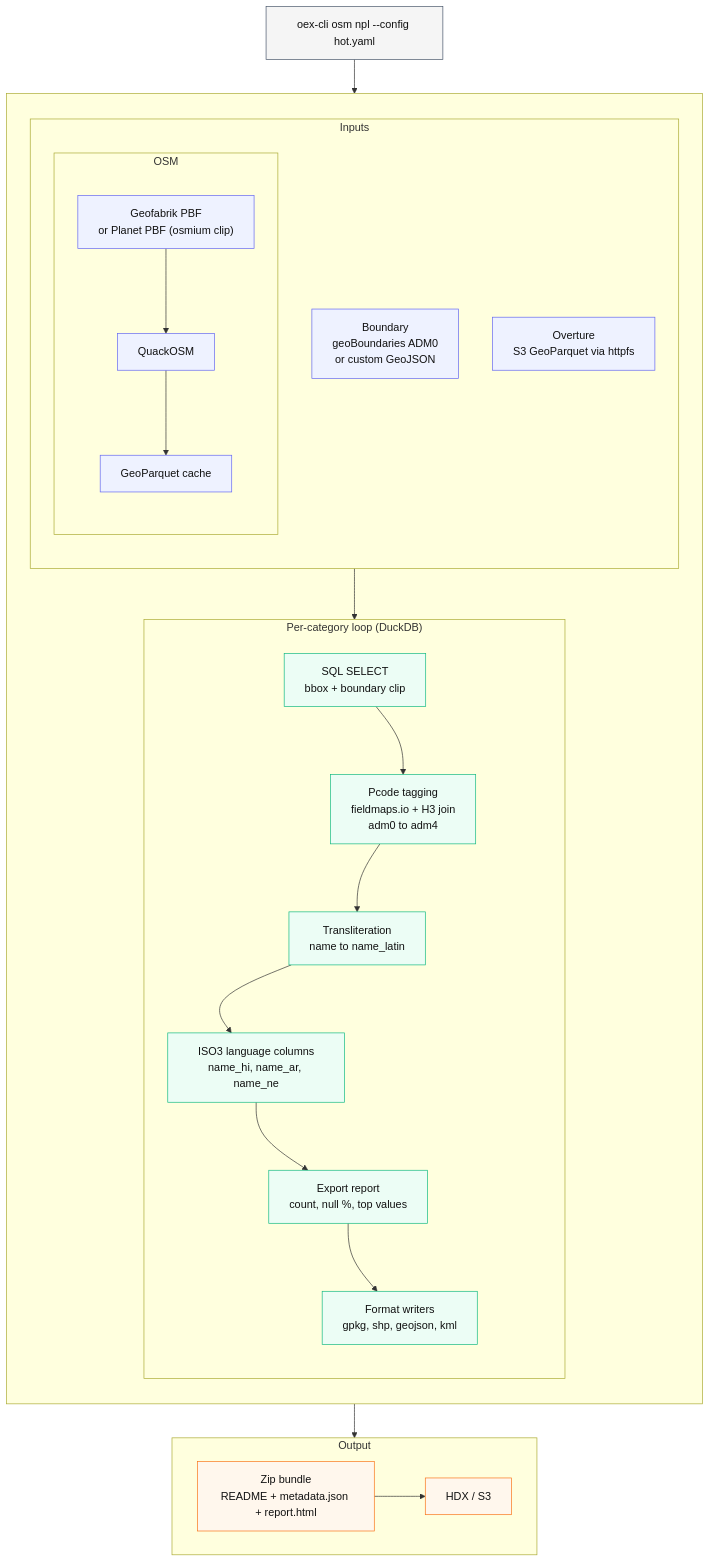
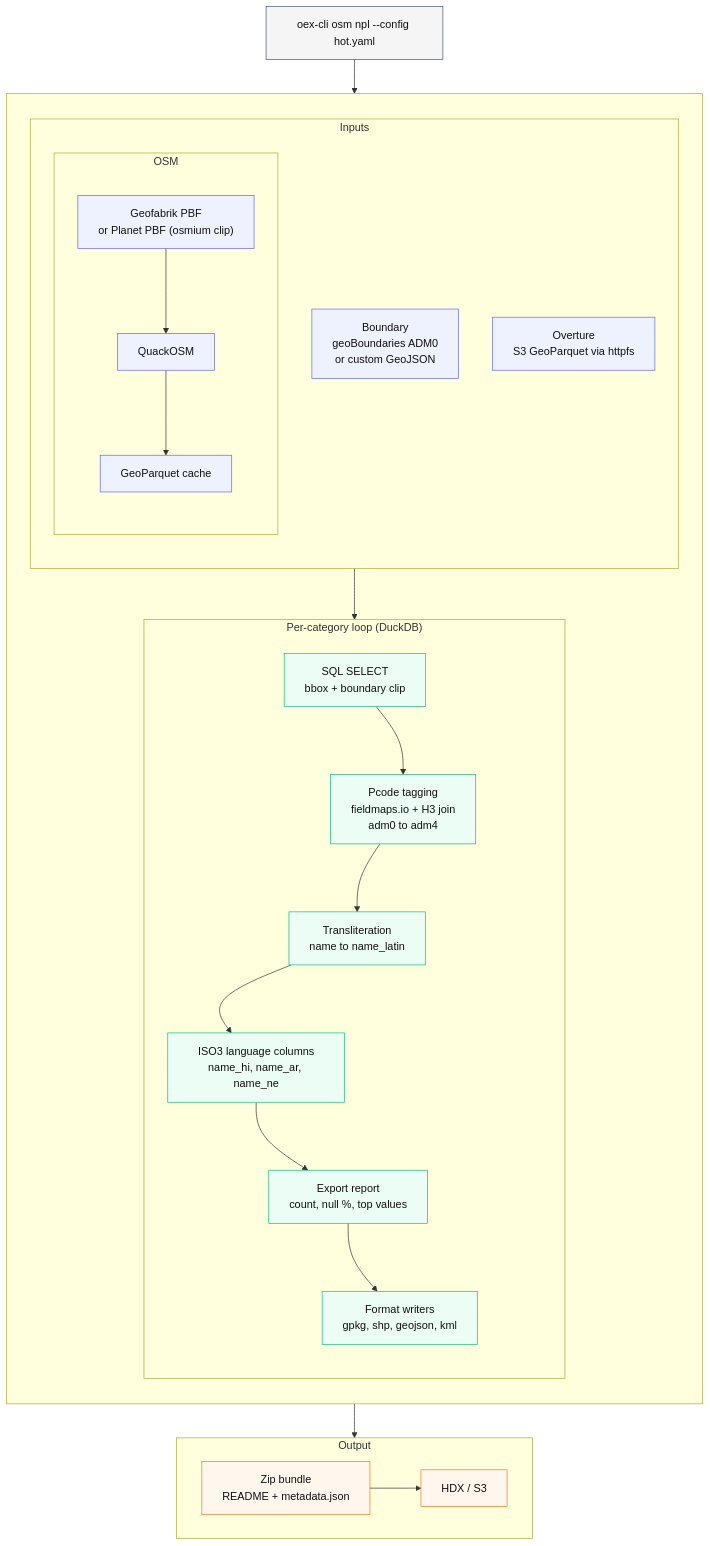
Before and after one commit to osgeonepal/oex: the diagram in docs/architecture.md, drawn with Mermaid. The commit also changed 76 other files, not shown here.

````diff
--- a/docs/architecture.md
+++ b/docs/architecture.md
@@ -7,57 +7,57 @@
 ```mermaid
 flowchart TD
     CLI["oex-cli osm npl --config hot.yaml"]:::cli
 
     subgraph MIDDLE[" "]
         direction TD
         subgraph INPUTS["Inputs"]
             direction TD
             BND["Boundary<br/>geoBoundaries ADM0<br/>or custom GeoJSON"]:::input
 
             subgraph OSM_FLOW["OSM"]
                 direction TD
                 PBF["Geofabrik PBF<br/>or Planet PBF (osmium clip)"]:::input
                 QOSM["QuackOSM"]:::input
                 OSM_PQ["GeoParquet cache"]:::input
                 PBF --> QOSM --> OSM_PQ
             end
 
             OVT["Overture<br/>S3 GeoParquet via httpfs"]:::input
         end
 
         subgraph LOOP["Per-category loop (DuckDB)"]
             direction TD
             SQL["SQL SELECT<br/>bbox + boundary clip"]:::step
             PCODE["Pcode tagging<br/>fieldmaps.io + H3 join<br/>adm0 to adm4"]:::step
             TRANSLIT["Transliteration<br/>name to name_latin"]:::step
             ISO["ISO3 language columns<br/>name_hi, name_ar, name_ne"]:::step
             REPORT["Export report<br/>count, null %, top values"]:::step
             FMT["Format writers<br/>gpkg, shp, geojson, kml"]:::step
             SQL --> PCODE
             PCODE --> TRANSLIT
             TRANSLIT --> ISO
             ISO --> REPORT
             REPORT --> FMT
             SQL ~~~ ISO
             PCODE ~~~ REPORT
             TRANSLIT ~~~ FMT
         end
 
         INPUTS --> LOOP
     end
 
     subgraph OUTPUT["Output"]
         direction LR
-        ZIP["Zip bundle<br/>README + metadata.json + report.html"]:::out
+        ZIP["Zip bundle<br/>README + metadata.json"]:::out
         DEST["HDX / S3"]:::out
         ZIP --> DEST
     end
 
     CLI --> MIDDLE
     MIDDLE --> OUTPUT
 
     classDef cli fill:#f5f5f5,stroke:#475569,color:#111,stroke-width:1px
     classDef input fill:#eef2ff,stroke:#6366f1,color:#111,stroke-width:1px
     classDef step fill:#ecfdf5,stroke:#10b981,color:#111,stroke-width:1px
     classDef out fill:#fff7ed,stroke:#f97316,color:#111,stroke-width:1px
 ```
````
